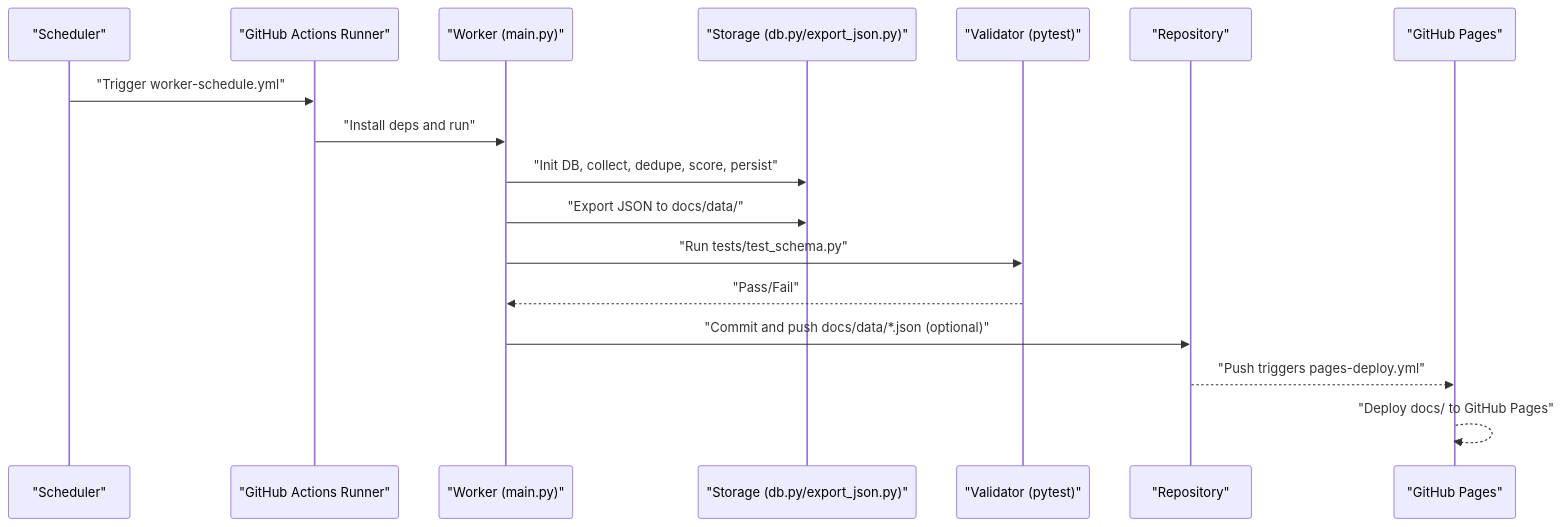
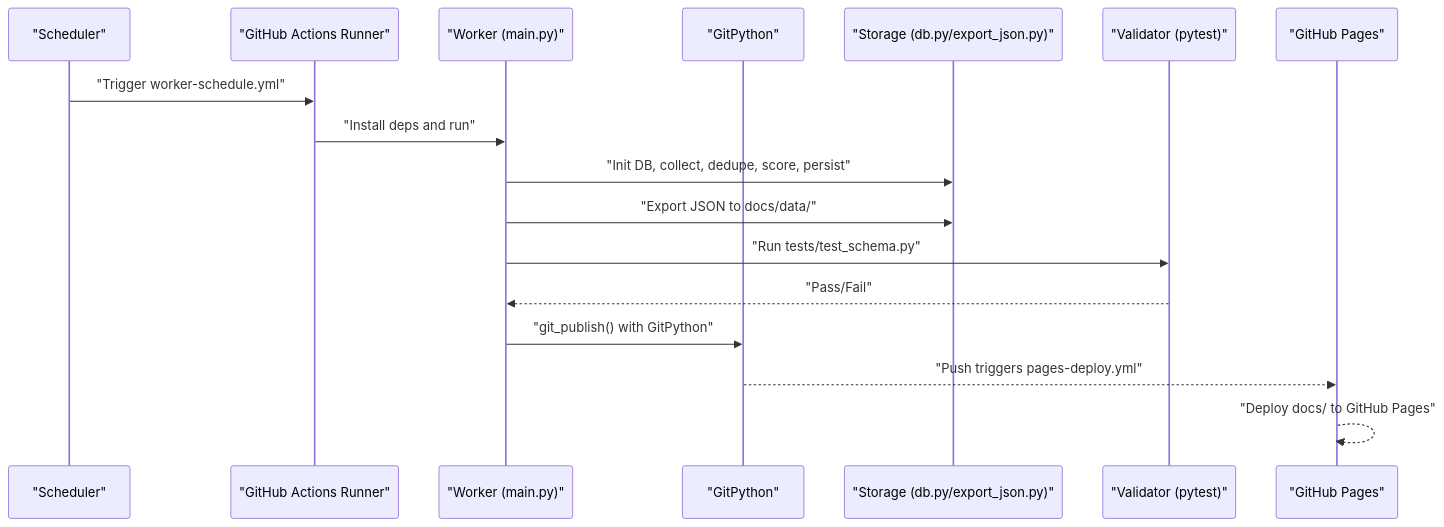
One commit to shakthi-vinayak/news changed the second of 9 diagrams in .qoder/repowiki/en/content/Automation and Deployment/Automation and Deployment.md. Above: the diagram before and after it, drawn with Mermaid. The commit also changed other lines of this file and 32 other files, not shown here.

````diff
--- a/.qoder/repowiki/en/content/Automation and Deployment/Automation and Deployment.md
+++ b/.qoder/repowiki/en/content/Automation and Deployment/Automation and Deployment.md
@@ -134,19 +143,19 @@
 ```mermaid
 sequenceDiagram
 participant CRON as "Scheduler"
 participant GA as "GitHub Actions Runner"
 participant WKR as "Worker (main.py)"
+participant GIT as "GitPython"
 participant STG as "Storage (db.py/export_json.py)"
 participant VAL as "Validator (pytest)"
-participant GIT as "Repository"
 participant PAGES as "GitHub Pages"
 CRON->>GA : "Trigger worker-schedule.yml"
 GA->>WKR : "Install deps and run"
 WKR->>STG : "Init DB, collect, dedupe, score, persist"
 WKR->>STG : "Export JSON to docs/data/"
 WKR->>VAL : "Run tests/test_schema.py"
 VAL-->>WKR : "Pass/Fail"
-WKR->>GIT : "Commit and push docs/data/*.json (optional)"
+WKR->>GIT : "git_publish() with GitPython"
 GIT-->>PAGES : "Push triggers pages-deploy.yml"
 PAGES-->>PAGES : "Deploy docs/ to GitHub Pages"
 ```
````
